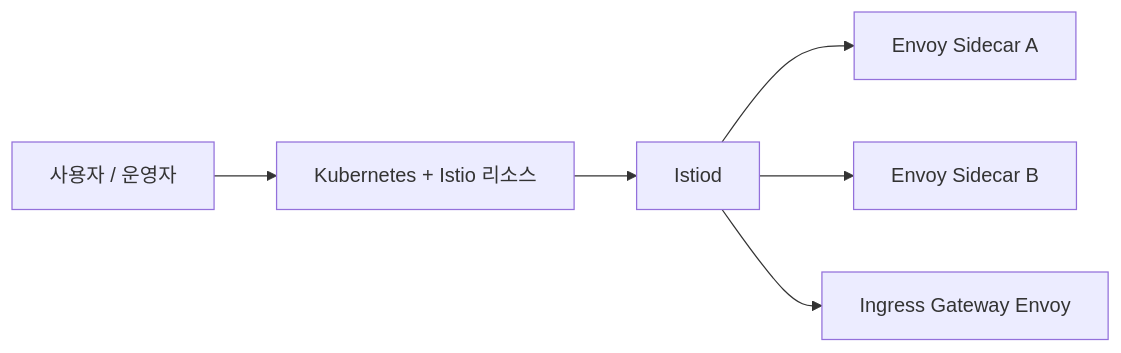
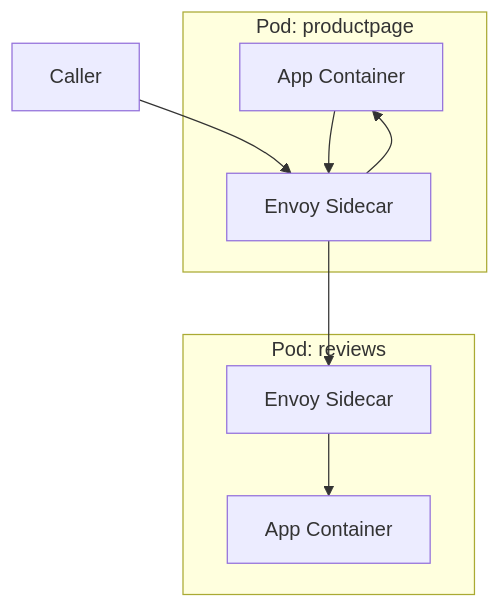
One commit to rlaehdwn0105/istio-study changed the sixth of 11 diagrams in posts/week1-istio-intro.md. Above: the diagram before and after it, drawn with Mermaid. The commit also changed other lines of this file and 1 other file, not shown here.

````diff
--- a/posts/week1-istio-intro.md
+++ b/posts/week1-istio-intro.md
@@ -144,8 +313,18 @@
 ```mermaid
-flowchart LR
-    Dev[사용자 / 운영자] --> K8s[Kubernetes + Istio 리소스]
-    K8s --> Istiod[Istiod]
-    Istiod --> S1[Envoy Sidecar A]
-    Istiod --> S2[Envoy Sidecar B]
-    Istiod --> GW[Ingress Gateway Envoy]
+flowchart TD
+    subgraph Pod1[Pod: productpage]
+        App1[App Container]
+        Proxy1[Envoy Sidecar]
+    end
+
+    subgraph Pod2[Pod: reviews]
+        App2[App Container]
+        Proxy2[Envoy Sidecar]
+    end
+
+    Client[Caller] --> Proxy1
+    Proxy1 --> App1
+    App1 --> Proxy1
+    Proxy1 --> Proxy2
+    Proxy2 --> App2
 ```
````
